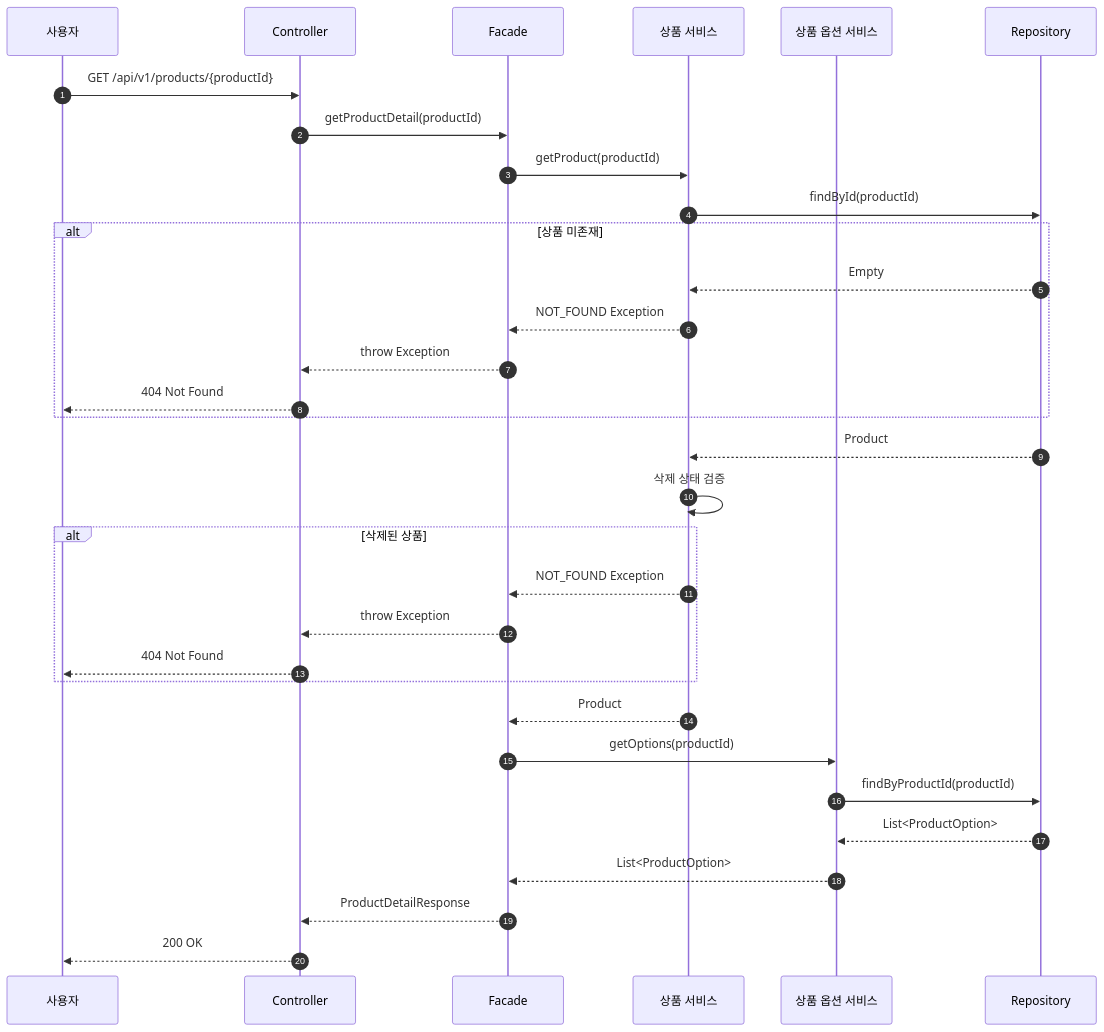
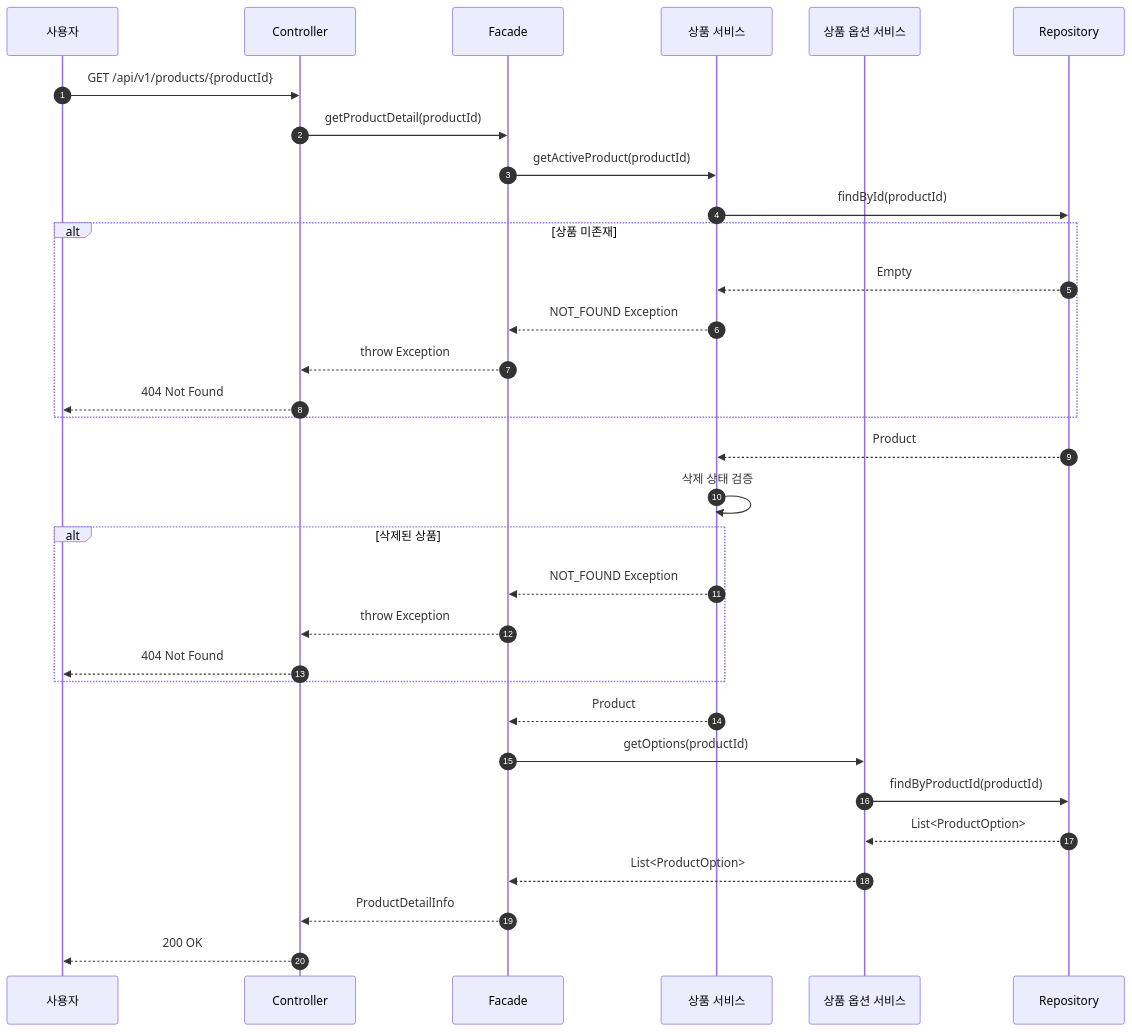
The third of 18 diagrams in docs/design/02-sequence-diagram.md (letter333/loop-pack-be-l2-vol3-java), drawn with Mermaid before and after one commit. The commit also changed other lines of this file and 4 other files, not shown here.

````diff
--- a/docs/design/02-sequence-diagram.md
+++ b/docs/design/02-sequence-diagram.md
@@ -77,39 +85,39 @@
 ```mermaid
 sequenceDiagram
     autonumber
     participant Client as 사용자
     participant Controller
     participant Facade
     participant ProductService as 상품 서비스
     participant ProductOptionService as 상품 옵션 서비스
     participant Repository
 
     Client->>Controller: GET /api/v1/products/{productId}
     Controller->>Facade: getProductDetail(productId)
-    Facade->>ProductService: getProduct(productId)
+    Facade->>ProductService: getActiveProduct(productId)
     ProductService->>Repository: findById(productId)
 
     alt 상품 미존재
         Repository-->>ProductService: Empty
         ProductService-->>Facade: NOT_FOUND Exception
         Facade-->>Controller: throw Exception
         Controller-->>Client: 404 Not Found
     end
 
     Repository-->>ProductService: Product
     ProductService->>ProductService: 삭제 상태 검증
 
     alt 삭제된 상품
         ProductService-->>Facade: NOT_FOUND Exception
         Facade-->>Controller: throw Exception
         Controller-->>Client: 404 Not Found
     end
 
     ProductService-->>Facade: Product
     Facade->>ProductOptionService: getOptions(productId)
     ProductOptionService->>Repository: findByProductId(productId)
     Repository-->>ProductOptionService: List<ProductOption>
     ProductOptionService-->>Facade: List<ProductOption>
-    Facade-->>Controller: ProductDetailResponse
+    Facade-->>Controller: ProductDetailInfo
     Controller-->>Client: 200 OK
 ```
````
